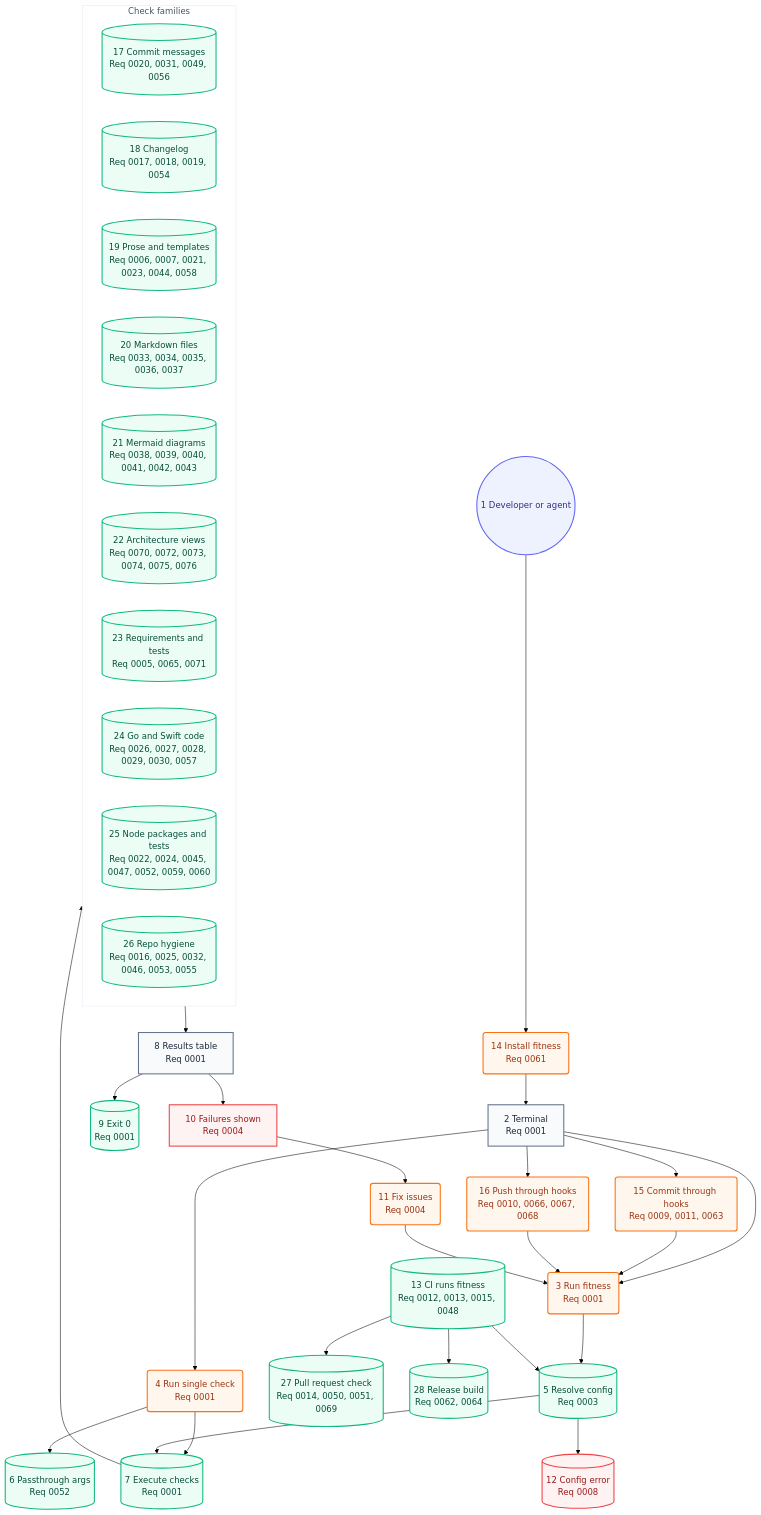
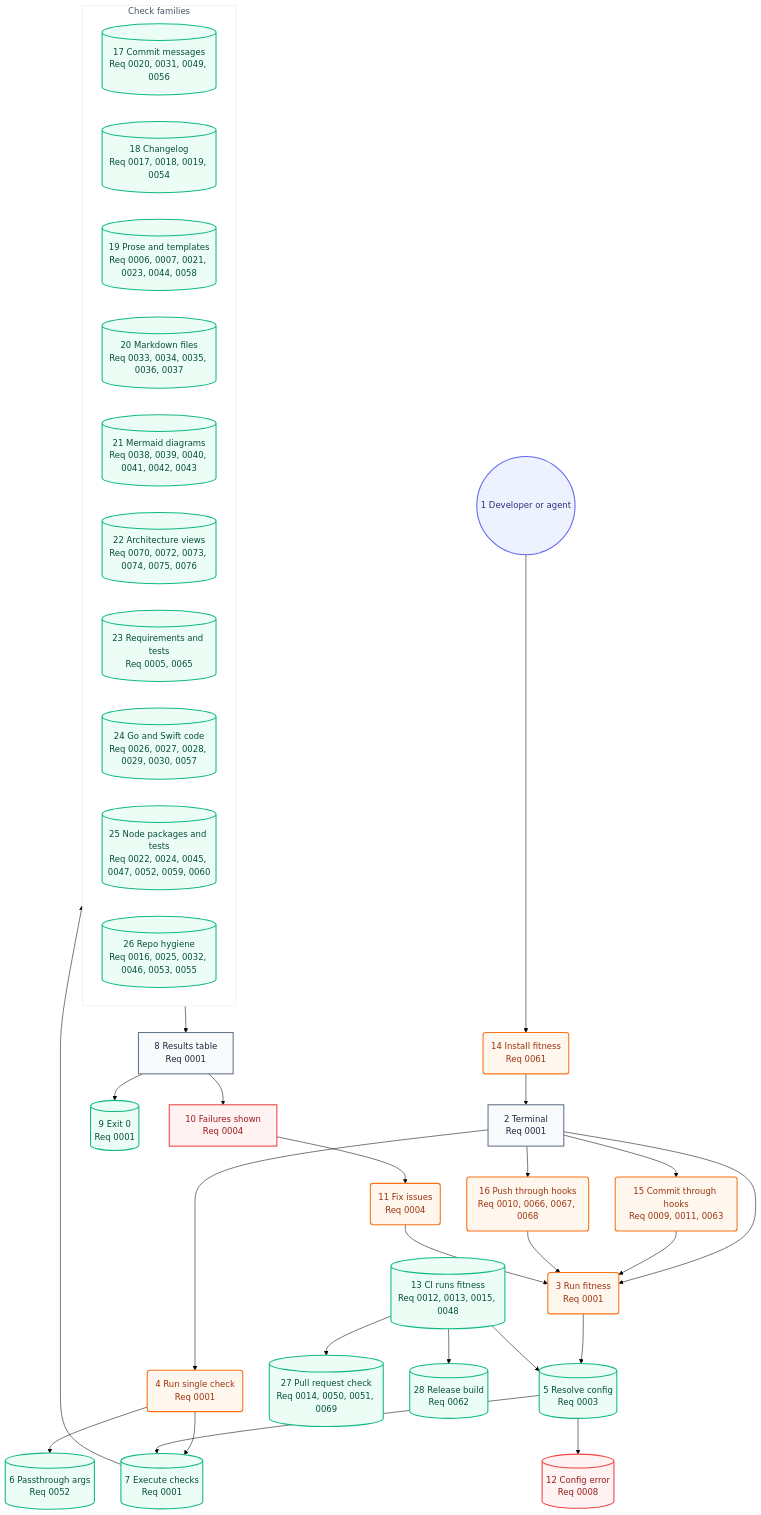
The second of 2 diagrams in docs/architecture/05-user-journey.md (may-journal/fitness-runner), drawn with Mermaid (forest theme) before and after one commit. The commit also changed 37 other files, not shown here.

````diff
--- a/docs/architecture/05-user-journey.md
+++ b/docs/architecture/05-user-journey.md
@@ -39,66 +39,66 @@
 ```mermaid
 flowchart TB
     dev((1 Developer or agent)):::persona
     install(14 Install fitness<br/>Req 0061):::action
     terminal[2 Terminal<br/>Req 0001]:::screen
     runFull(3 Run fitness<br/>Req 0001):::action
     runSingle(4 Run single check<br/>Req 0001):::action
     commitHook(15 Commit through hooks<br/>Req 0009, 0011, 0063):::action
     pushHook(16 Push through hooks<br/>Req 0010, 0066, 0067, 0068):::action
     resolveConfig[(5 Resolve config<br/>Req 0003)]:::system
     passArgs[(6 Passthrough args<br/>Req 0052)]:::system
     executeChecks[(7 Execute checks<br/>Req 0001)]:::system
 
     subgraph checks["Check families"]
         commitChecks[(17 Commit messages<br/>Req 0020, 0031, 0049, 0056)]:::system
         changelogChecks[(18 Changelog<br/>Req 0017, 0018, 0019, 0054)]:::system
         proseChecks[(19 Prose and templates<br/>Req 0006, 0007, 0021, 0023, 0044, 0058)]:::system
         markdownChecks[(20 Markdown files<br/>Req 0033, 0034, 0035, 0036, 0037)]:::system
         mermaidChecks[(21 Mermaid diagrams<br/>Req 0038, 0039, 0040, 0041, 0042, 0043)]:::system
         architectureChecks[(22 Architecture views<br/>Req 0070, 0072, 0073, 0074, 0075, 0076)]:::system
-        requirementChecks[(23 Requirements and tests<br/>Req 0005, 0065, 0071)]:::system
+        requirementChecks[(23 Requirements and tests<br/>Req 0005, 0065)]:::system
         goSwiftChecks[(24 Go and Swift code<br/>Req 0026, 0027, 0028, 0029, 0030, 0057)]:::system
         nodeChecks[(25 Node packages and tests<br/>Req 0022, 0024, 0045, 0047, 0052, 0059, 0060)]:::system
         repoChecks[(26 Repo hygiene<br/>Req 0016, 0025, 0032, 0046, 0053, 0055)]:::system
     end
 
     resultsTable[8 Results table<br/>Req 0001]:::screen
     exitZero[(9 Exit 0<br/>Req 0001)]:::system
     failuresShown[10 Failures shown<br/>Req 0004]:::blocked
     fixIssues(11 Fix issues<br/>Req 0004):::action
     configError[(12 Config error<br/>Req 0008)]:::blocked
     ciRun[(13 CI runs fitness<br/>Req 0012, 0013, 0015, 0048)]:::system
     prCheck[(27 Pull request check<br/>Req 0014, 0050, 0051, 0069)]:::system
-    release[(28 Release build<br/>Req 0062, 0064)]:::system
+    release[(28 Release build<br/>Req 0062)]:::system
 
     dev --> install
     install --> terminal
     terminal --> runFull
     terminal --> runSingle
     terminal --> commitHook
     terminal --> pushHook
     commitHook --> runFull
     pushHook --> runFull
     runFull --> resolveConfig
     runSingle --> executeChecks
     runSingle --> passArgs
     resolveConfig --> executeChecks
     resolveConfig --> configError
     executeChecks --> checks
     checks --> resultsTable
     resultsTable --> exitZero
     resultsTable --> failuresShown
     failuresShown --> fixIssues
     fixIssues --> runFull
     ciRun --> resolveConfig
     ciRun --> prCheck
     ciRun --> release
 
     classDef persona fill:#eef2ff,stroke:#6366f1,color:#312e81,stroke-width:2px
     classDef screen fill:#f8fafc,stroke:#64748b,color:#1e293b,stroke-width:2px
     classDef action fill:#fff7ed,stroke:#f97316,color:#9a3412,stroke-width:2px
     classDef system fill:#ecfdf5,stroke:#10b981,color:#064e3b,stroke-width:2px
     classDef blocked fill:#fef2f2,stroke:#ef4444,color:#991b1b,stroke-width:2px
 
     style checks fill:#ffffff,stroke:#e2e8f0,color:#475569,stroke-width:1px
 ```
````
